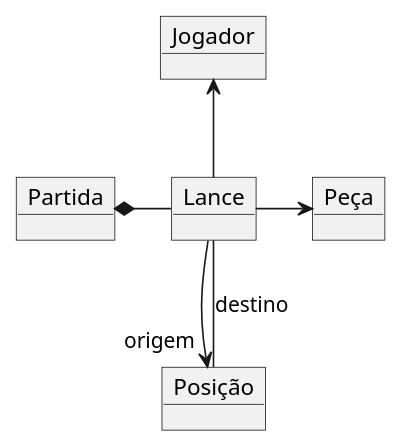
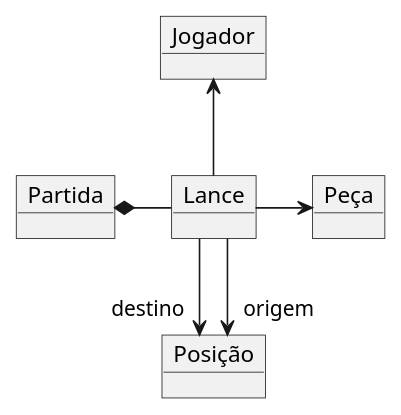
Before and after one commit to kyriosdata/oo: the diagram in Imagens/modelos-06/mod06ima02/mod06ima02.plantuml, drawn with PlantUML.

```diff
--- a/Imagens/modelos-06/mod06ima02/mod06ima02.plantuml
+++ b/Imagens/modelos-06/mod06ima02/mod06ima02.plantuml
@@ -1,12 +1,16 @@
 @startuml mod06ima02
+skinparam LineType ortho
+
 object "Jogador" as jo
 object "Partida" as pa
 object "Lance" as la
 object "Peça" as pe
 object "Posição" as po
+
 jo <-down- la
 pa *-right- la
 la -right-> pe
+
+la --> "destino" po 
 la -down->"origem" po
-la -- po : destino
 @enduml
```
